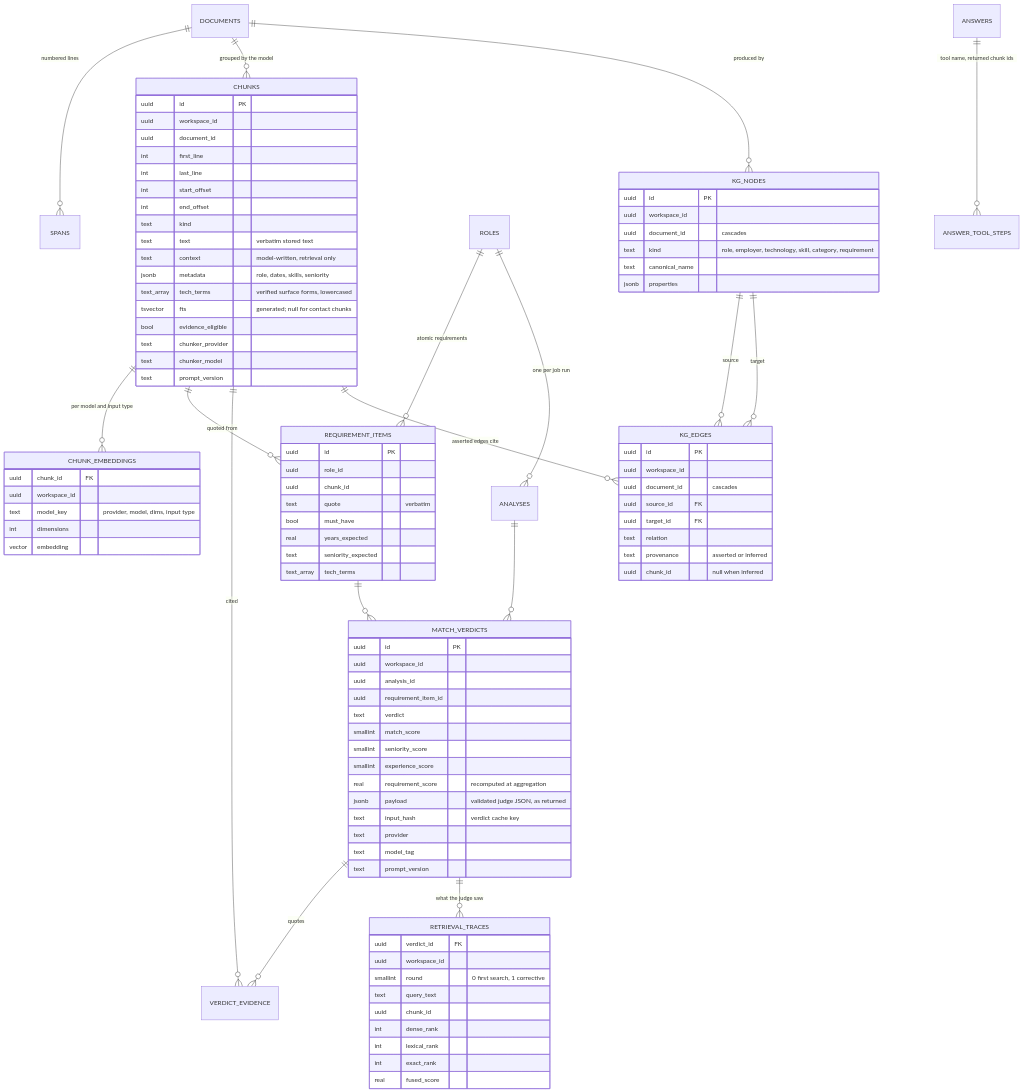
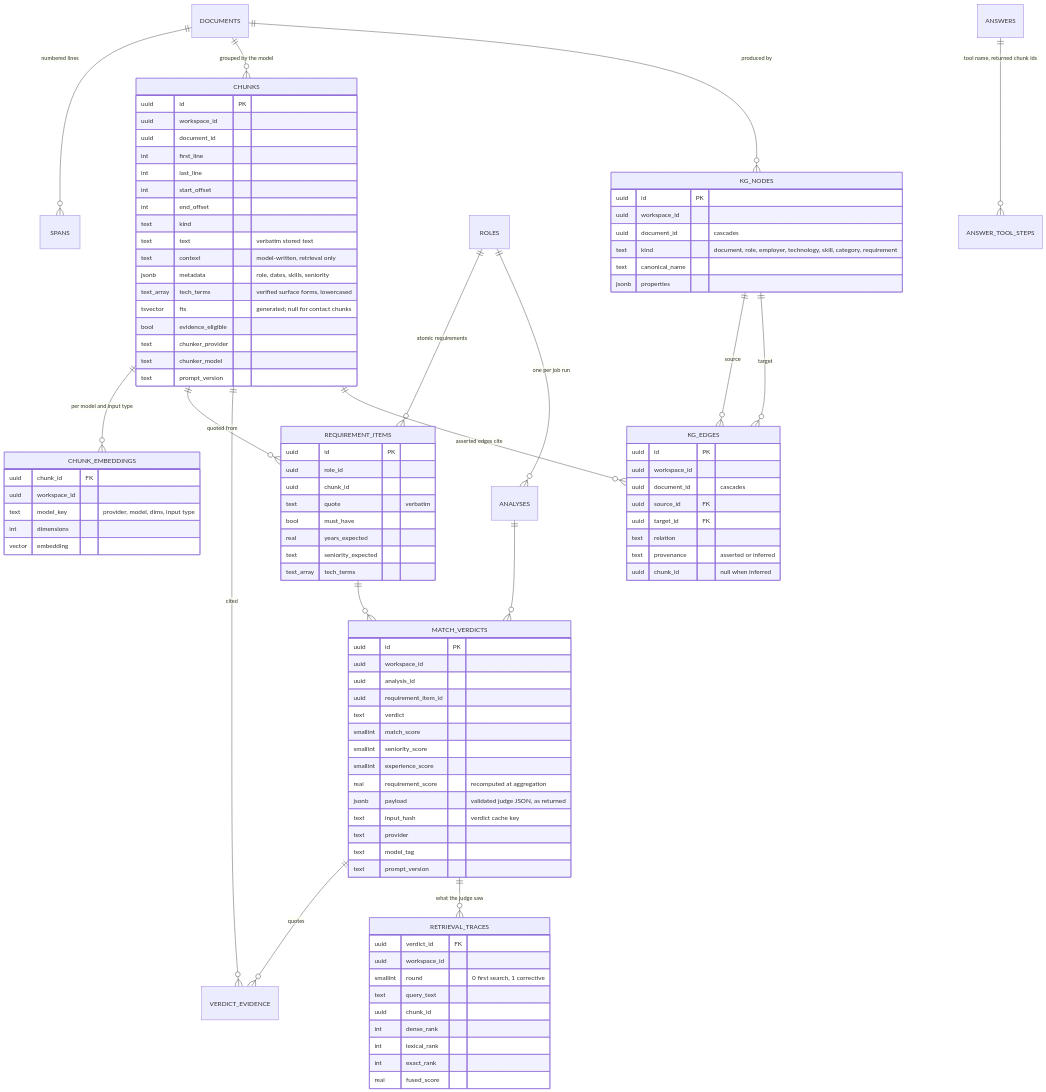
One commit to ArifMehmood16/career-intelligence-assistant changed the eighth of 8 diagrams in docs/architecture-v2.md. Above: the diagram before and after it, drawn with Mermaid. The commit also changed other lines of this file and 3 other files, not shown here.

Commit message:
docs: record 18.5 knowledge graph and its open design choices

```diff
--- a/docs/architecture-v2.md
+++ b/docs/architecture-v2.md
@@ -927,7 +938,7 @@
     uuid id PK
     uuid workspace_id
     uuid document_id "cascades"
-    text kind "role, employer, technology, skill, category, requirement"
+    text kind "document, role, employer, technology, skill, category, requirement"
     text canonical_name
     jsonb properties
   }
```
